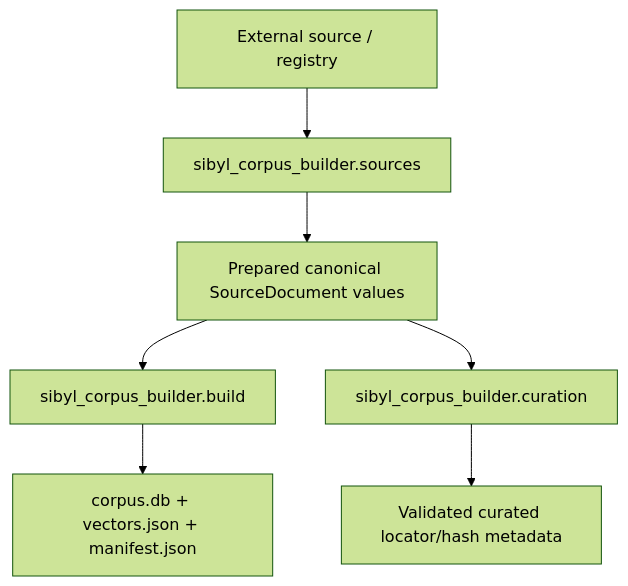
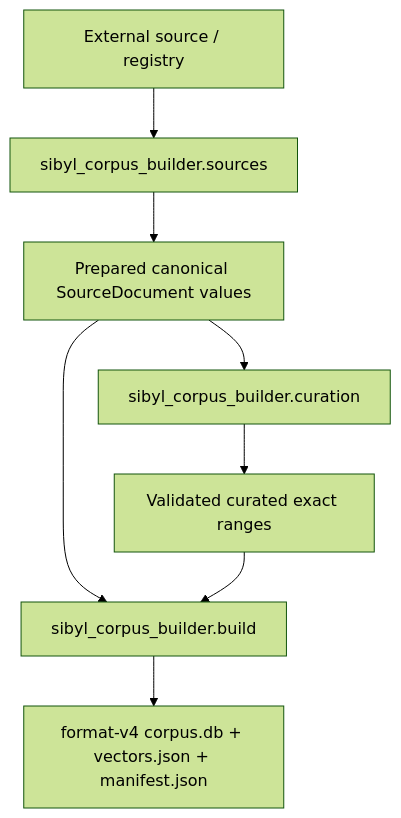
The first of 2 diagrams in docs/IMPLEMENTATION.md (folk21/sibyl), drawn with Mermaid (forest theme) before and after one commit. The commit also changed other lines of this file and 59 other files, not shown here.

````diff
--- a/docs/IMPLEMENTATION.md
+++ b/docs/IMPLEMENTATION.md
@@ -26,9 +26,10 @@
 ```mermaid
 flowchart TD
     U[External source / registry] --> S[sibyl_corpus_builder.sources]
     S --> P[Prepared canonical SourceDocument values]
     P --> B[sibyl_corpus_builder.build]
     P --> C[sibyl_corpus_builder.curation]
-    B --> R[corpus.db + vectors.json + manifest.json]
-    C --> M[Validated curated locator/hash metadata]
+    C --> M[Validated curated exact ranges]
+    M --> B
+    B --> R[format-v4 corpus.db + vectors.json + manifest.json]
 ```
````
